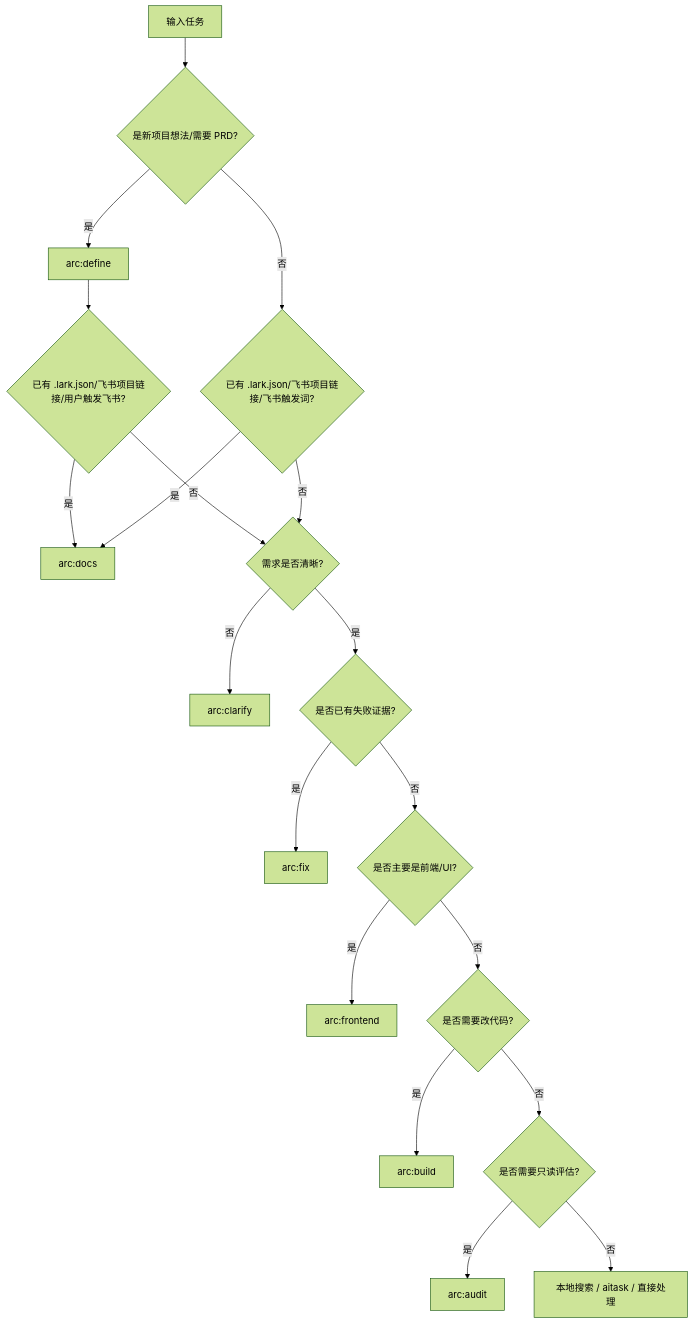
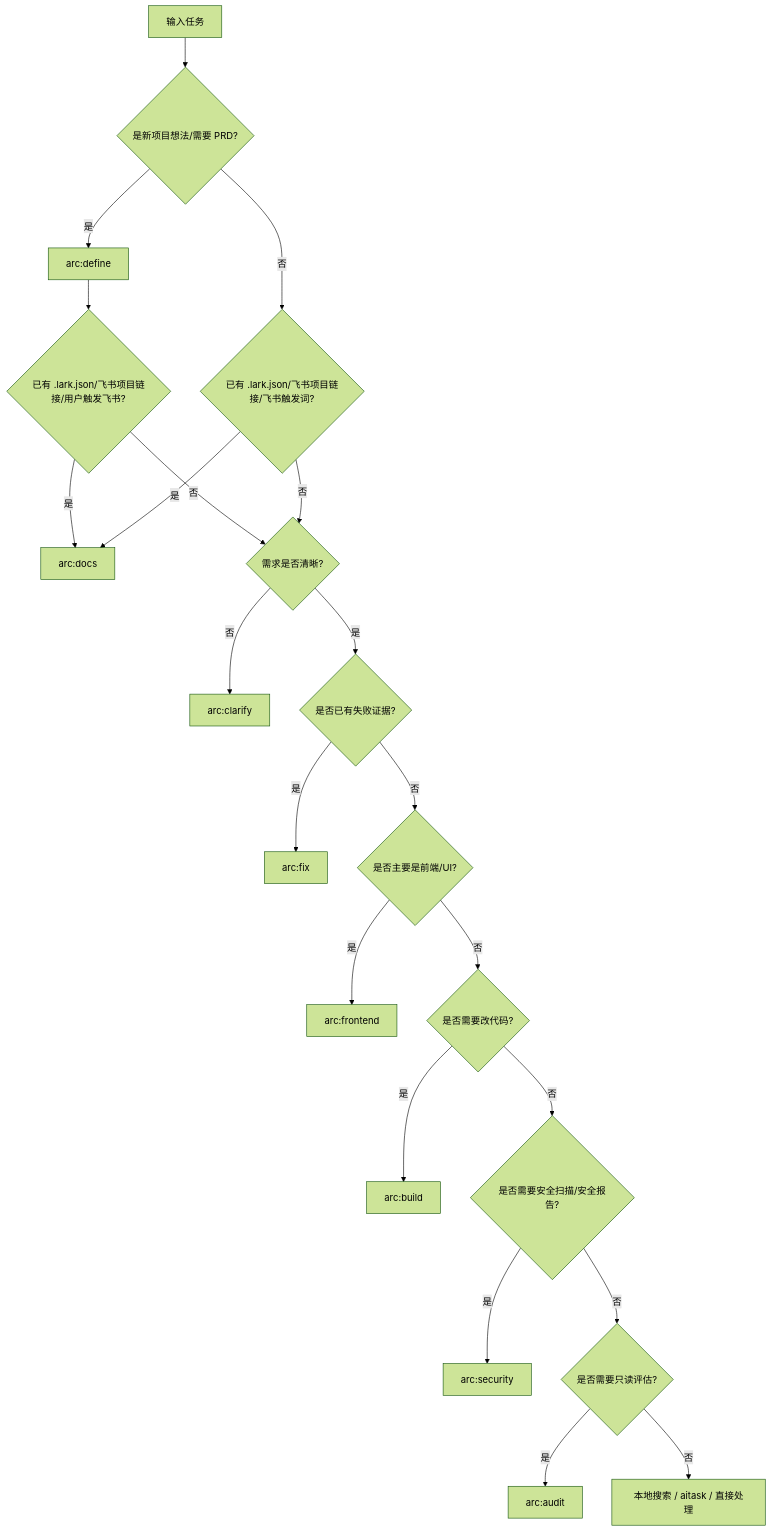
The diagram in docs/arc-routing-matrix.md (iwen-conf/Skills), drawn with Mermaid (forest theme) before and after one commit. The commit also changed other lines of this file and 7 other files, not shown here.

````diff
--- a/docs/arc-routing-matrix.md
+++ b/docs/arc-routing-matrix.md
@@ -17,21 +18,23 @@
 ```mermaid
 flowchart TD
     A[输入任务] --> P{是新项目想法/需要 PRD?}
     P -- 是 --> Q[arc:define]
     Q --> L{已有 .lark.json/飞书项目链接/用户触发飞书?}
     L -- 是 --> M[arc:docs]
     L -- 否 --> B{需求是否清晰?}
     P -- 否 --> N{已有 .lark.json/飞书项目链接/飞书触发词?}
     N -- 是 --> M
     N -- 否 --> B{需求是否清晰?}
     B -- 否 --> C[arc:clarify]
     B -- 是 --> D{是否已有失败证据?}
     D -- 是 --> F[arc:fix]
     D -- 否 --> U{是否主要是前端/UI?}
     U -- 是 --> V[arc:frontend]
     U -- 否 --> E{是否需要改代码?}
     E -- 是 --> G[arc:build]
-    E -- 否 --> H{是否需要只读评估?}
+    E -- 否 --> S{是否需要安全扫描/安全报告?}
+    S -- 是 --> T[arc:security]
+    S -- 否 --> H{是否需要只读评估?}
     H -- 是 --> I[arc:audit]
     H -- 否 --> J[本地搜索 / aitask / 直接处理]
 ```
````
